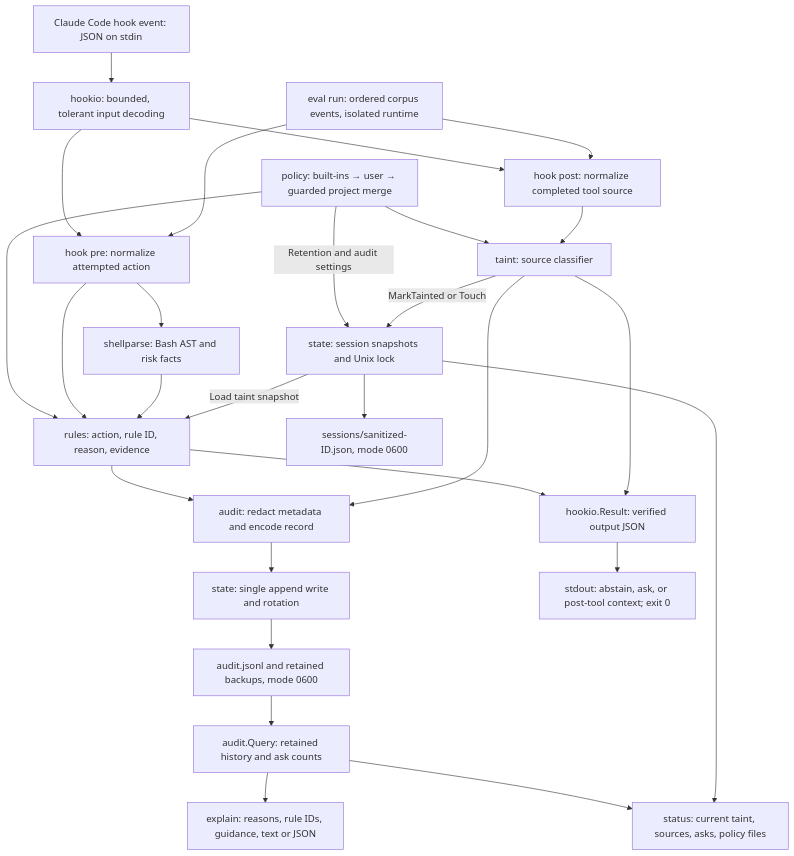
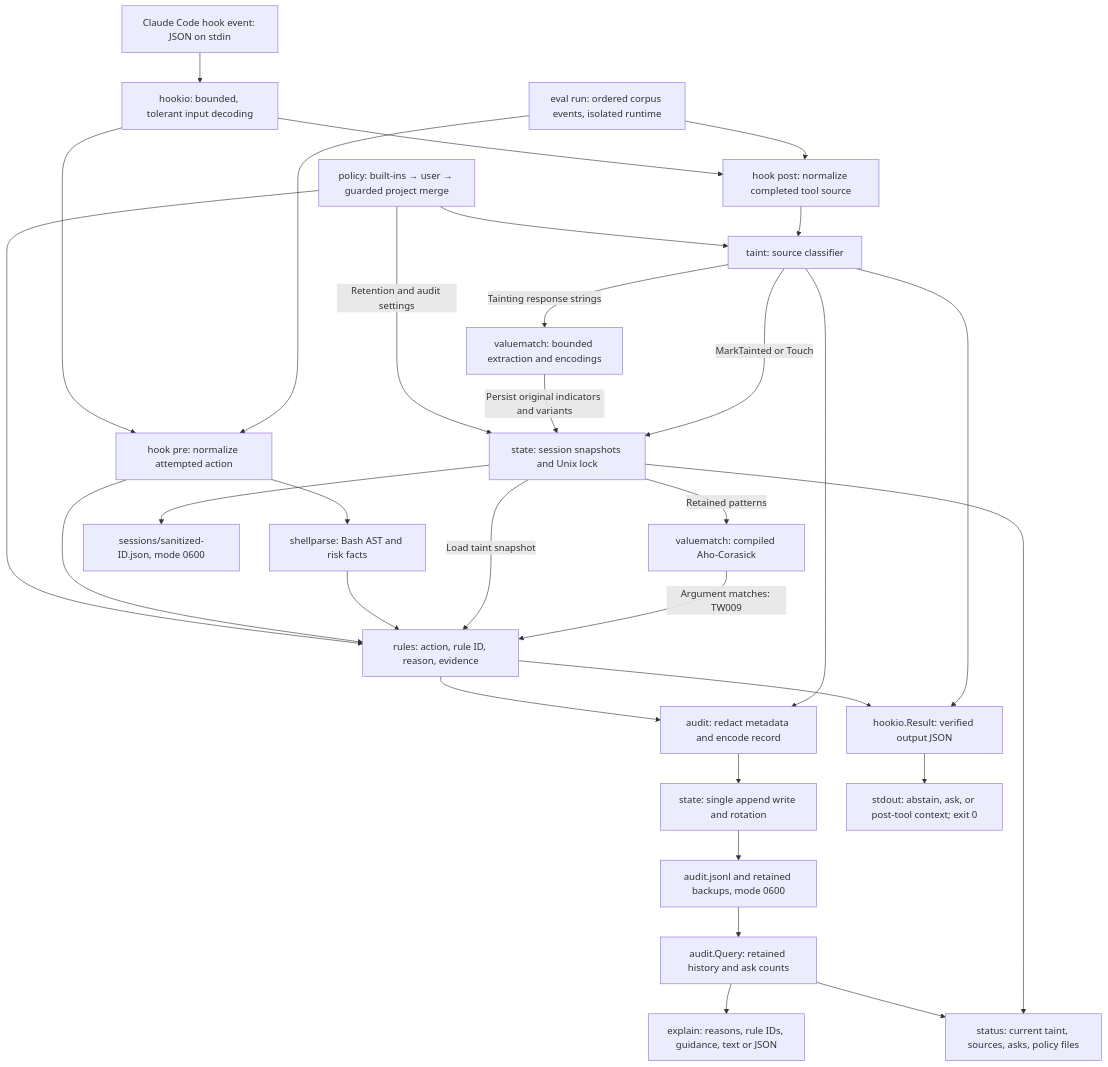
The diagram in docs/ARCHITECTURE.md (ratuhin1122/taintwatch), drawn with Mermaid before and after one commit. The commit also changed other lines of this file and 28 other files, not shown here.

````diff
--- a/docs/ARCHITECTURE.md
+++ b/docs/ARCHITECTURE.md
@@ -8,29 +8,33 @@
 ```mermaid
 flowchart TD
     Claude["Claude Code hook event: JSON on stdin"] --> Input["hookio: bounded, tolerant input decoding"]
     Input --> Pre["hook pre: normalize attempted action"]
     Input --> Post["hook post: normalize completed tool source"]
     Eval["eval run: ordered corpus events, isolated runtime"] --> Pre
     Eval --> Post
     Policy["policy: built-ins → user → guarded project merge"] --> Rules
     Policy --> Taint
     Policy -->|"Retention and audit settings"| State
     Pre --> Shell["shellparse: Bash AST and risk facts"]
     Pre --> Rules["rules: action, rule ID, reason, evidence"]
     Shell --> Rules
     State["state: session snapshots and Unix lock"] -->|"Load taint snapshot"| Rules
     Post --> Taint["taint: source classifier"]
+    Taint -->|"Tainting response strings"| Values["valuematch: bounded extraction and encodings"]
+    Values -->|"Persist original indicators and variants"| State
+    State -->|"Retained patterns"| Matcher["valuematch: compiled Aho-Corasick"]
+    Matcher -->|"Argument matches: TW009"| Rules
     Taint -->|"MarkTainted or Touch"| State
     Rules --> Audit["audit: redact metadata and encode record"]
     Taint --> Audit
     Audit --> Store["state: single append write and rotation"]
     Store --> Log["audit.jsonl and retained backups, mode 0600"]
     Rules --> Result["hookio.Result: verified output JSON"]
     Taint --> Result
     Result --> Output["stdout: abstain, ask, or post-tool context; exit 0"]
     State --> Sessions["sessions/sanitized-ID.json, mode 0600"]
     Log --> Query["audit.Query: retained history and ask counts"]
     Query --> Explain["explain: reasons, rule IDs, guidance, text or JSON"]
     Query --> Status["status: current taint, sources, asks, policy files"]
     State --> Status
 ```
````
